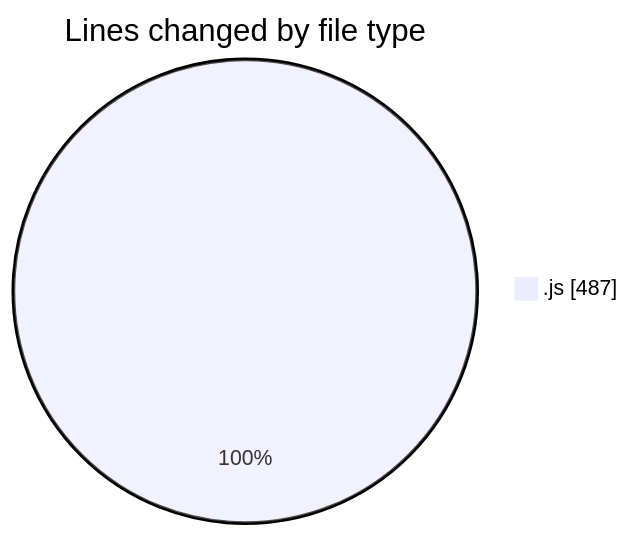
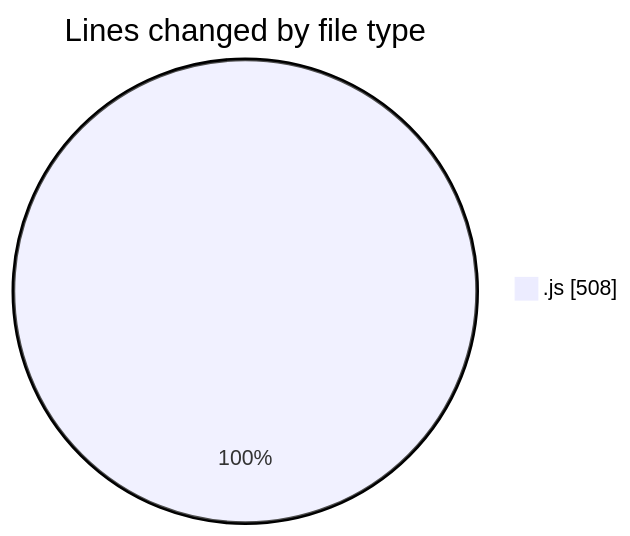
One commit to nxtqubesakshisongat/code-tracking changed the first of 2 diagrams in 2025-04-16/nxtqube_webapp/README.md. Above: the diagram before and after it, drawn with Mermaid. The commit also changed other lines of this file and 1 other file, not shown here.

````diff
--- a/2025-04-16/nxtqube_webapp/README.md
+++ b/2025-04-16/nxtqube_webapp/README.md
@@ -21,5 +21,5 @@
 ```mermaid
 pie showData
 title Lines changed by file type
-".js" : 487
+".js" : 508
 ```
````
